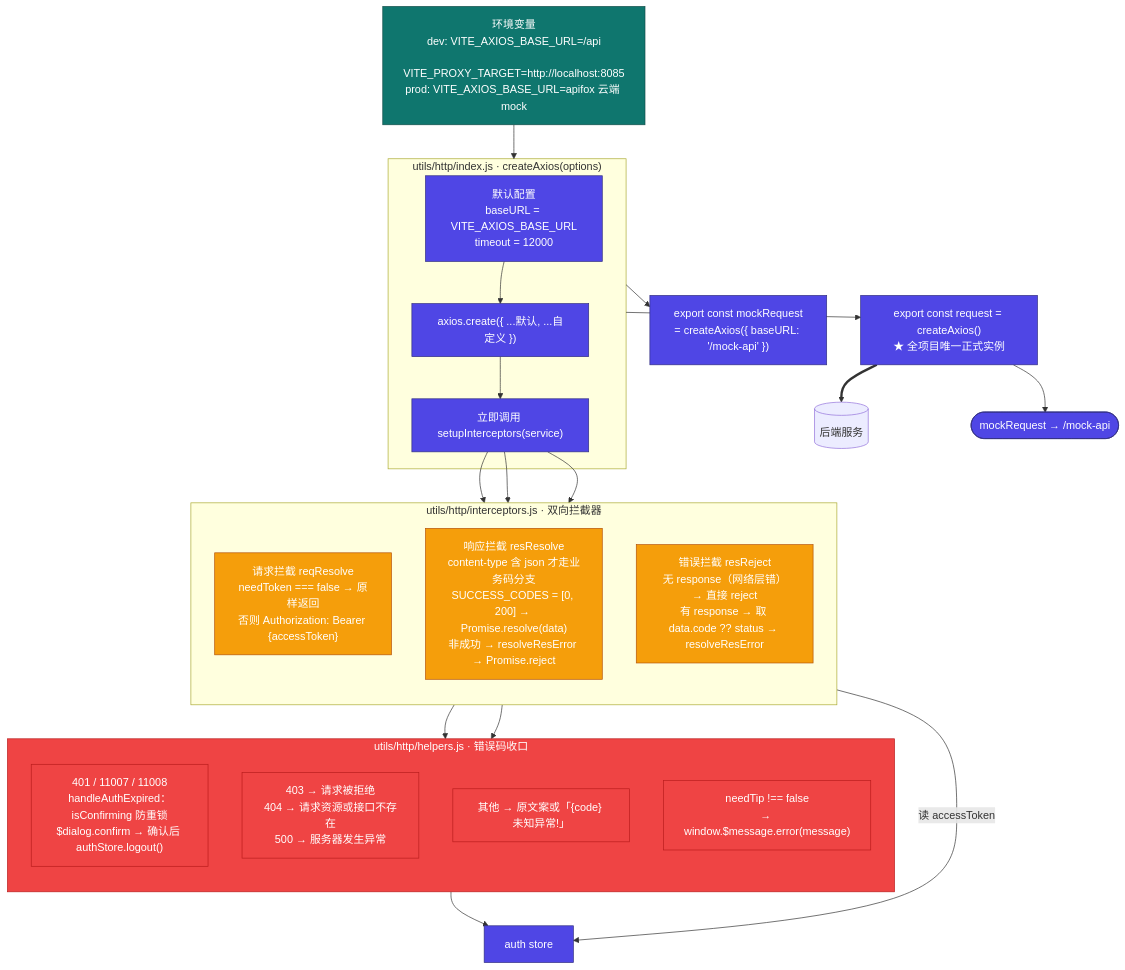
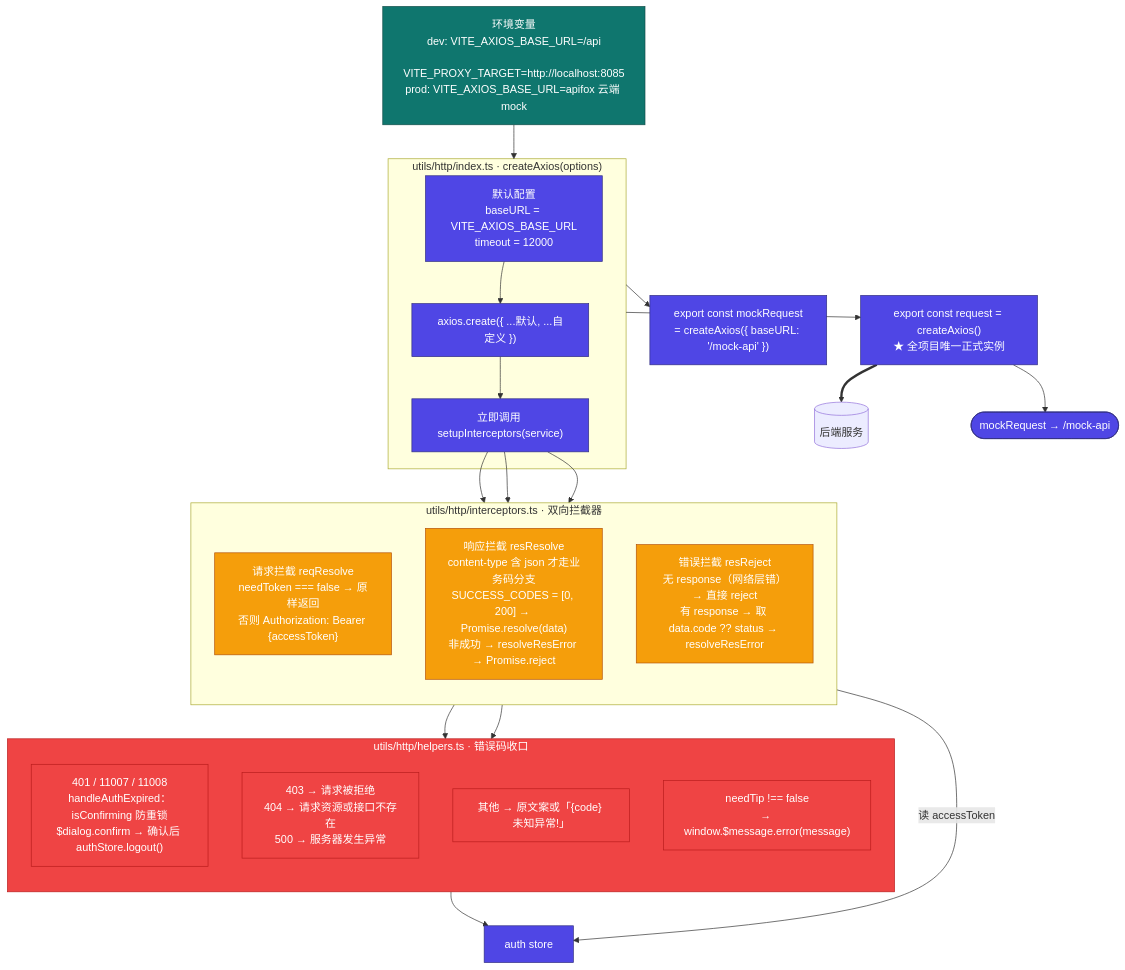
One commit to JiaxiLiang/vue-naive-admin changed diagram 11 of 13 in docs/arch-overview.md. Above: the diagram before and after it, drawn with Mermaid. The commit also changed other lines of this file and 93 other files, not shown here.

````diff
--- a/docs/arch-overview.md
+++ b/docs/arch-overview.md
@@ -677,52 +677,52 @@
 ```mermaid
 flowchart TD
     ENVCONF["环境变量<br/>dev: VITE_AXIOS_BASE_URL=/api<br/>       VITE_PROXY_TARGET=http://localhost:8085<br/>prod: VITE_AXIOS_BASE_URL=apifox 云端 mock"]
 
     ENVCONF --> FACTORY
 
-    subgraph FACTORY["utils/http/index.js · createAxios(options)"]
+    subgraph FACTORY["utils/http/index.ts · createAxios(options)"]
         DEF["默认配置<br/>baseURL = VITE_AXIOS_BASE_URL<br/>timeout = 12000"]
         MK["axios.create({ ...默认, ...自定义 })"]
         SI["立即调用 setupInterceptors(service)"]
         DEF --> MK --> SI
     end
 
     FACTORY --> REQ["export const request = createAxios()<br/>★ 全项目唯一正式实例"]
     FACTORY --> MOCK["export const mockRequest<br/>= createAxios({ baseURL: '/mock-api' })"]
 
-    subgraph INT["utils/http/interceptors.js · 双向拦截器"]
+    subgraph INT["utils/http/interceptors.ts · 双向拦截器"]
         direction TB
         RQ["请求拦截 reqResolve<br/>needToken === false → 原样返回<br/>否则 Authorization: Bearer {accessToken}"]
         RS["响应拦截 resResolve<br/>content-type 含 json 才走业务码分支<br/>SUCCESS_CODES = [0, 200] → Promise.resolve(data)<br/>非成功 → resolveResError → Promise.reject"]
         REJ["错误拦截 resReject<br/>无 response（网络层错）→ 直接 reject<br/>有 response → 取 data.code ?? status → resolveResError"]
     end
 
     SI --> RQ
     SI --> RS
     SI --> REJ
     RQ -->|"读 accessToken"| AUTH["auth store"]
     RS --> HELP
     REJ --> HELP
 
-    subgraph HELP["utils/http/helpers.js · 错误码收口"]
+    subgraph HELP["utils/http/helpers.ts · 错误码收口"]
         direction TB
         H1["401 / 11007 / 11008<br/>handleAuthExpired：isConfirming 防重锁<br/>$dialog.confirm → 确认后 authStore.logout()"]
         H2["403 → 请求被拒绝<br/>404 → 请求资源或接口不存在<br/>500 → 服务器发生异常"]
         H3["其他 → 原文案或「{code} 未知异常!」"]
         H4["needTip !== false<br/>→ window.$message.error(message)"]
     end
 
     HELP --> AUTH
     REQ ==> BACKEND[("后端服务")]
     REQ --> MOCKREQ(["mockRequest → /mock-api"])
 
     classDef envHub fill:#0f766e,stroke:#134e4a,color:#fff
     classDef facHub fill:#4f46e5,stroke:#312e81,color:#fff
     classDef intHub fill:#f59e0b,stroke:#b45309,color:#fff
     classDef hlpHub fill:#ef4444,stroke:#b91c1c,color:#fff
     class ENVCONF envHub
     class DEF,MK,SI,REQ,MOCK,AUTH,MOCKREQ facHub
     class RQ,RS,REJ intHub
     class HELP,H1,H2,H3,H4 hlpHub
     class AUTH,MOCKREQ fac
 ```
````
